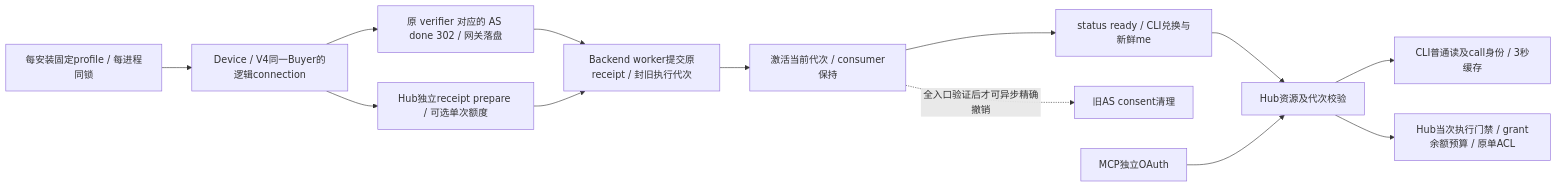
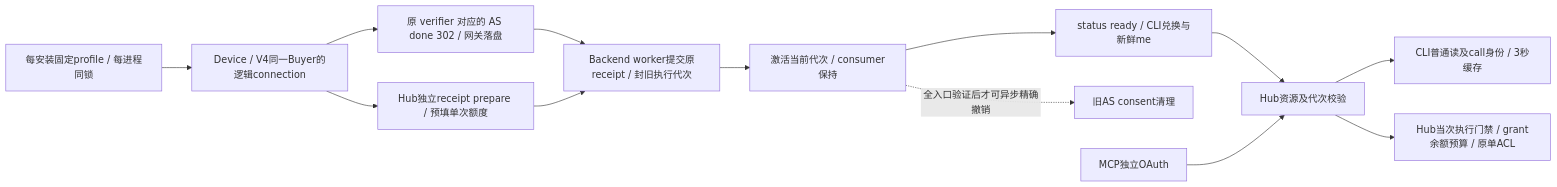
One commit to itpay-ai/cli changed the second of 2 diagrams in docs/ARCHITECTURE.md. Above: the diagram before and after it, drawn with Mermaid. The commit also changed 7 other files, not shown here.

````diff
--- a/docs/ARCHITECTURE.md
+++ b/docs/ARCHITECTURE.md
@@ -51,15 +51,15 @@
 ```mermaid
 flowchart LR
  P[每安装固定profile / 每进程同锁] --> O[Device / V4同一Buyer的逻辑connection]
  O --> A[原 verifier 对应的 AS done 302 / 网关落盘]
- O --> G[Hub独立receipt prepare / 可选单次额度]
+ O --> G[Hub独立receipt prepare / 预填单次额度]
  A --> J[Backend worker提交原receipt / 封旧执行代次]
  G --> J
  J --> C[激活当前代次 / consumer保持]
  C --> T[status ready / CLI兑换与新鲜me]
  C -.全入口验证后才可异步精确撤销.-> X[旧AS consent清理]
  T --> H[Hub资源及代次校验]
  H --> R[CLI普通读及call身份 / 3秒缓存]
  H --> W[Hub当次执行门禁 / grant余额预算 / 原单ACL]
  M[MCP独立OAuth] --> H
 ```
````
